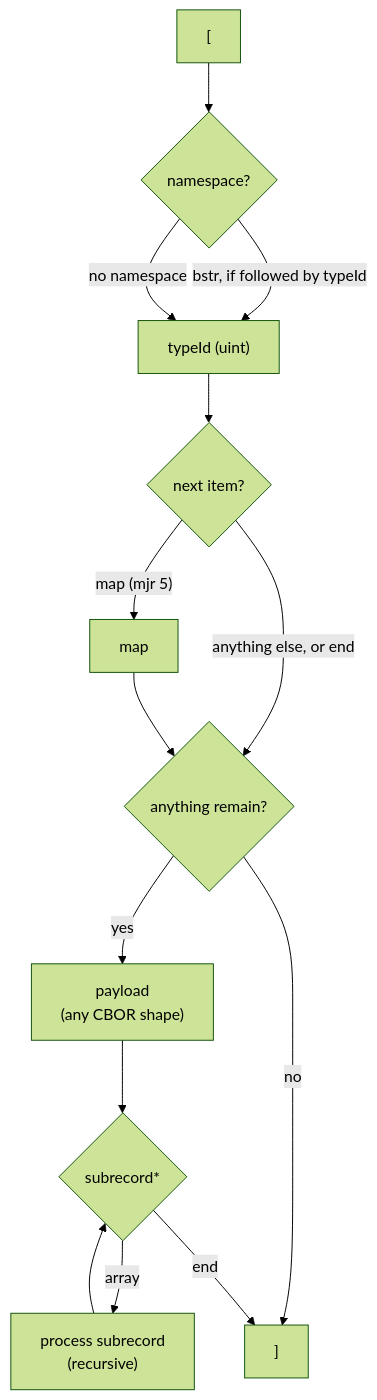
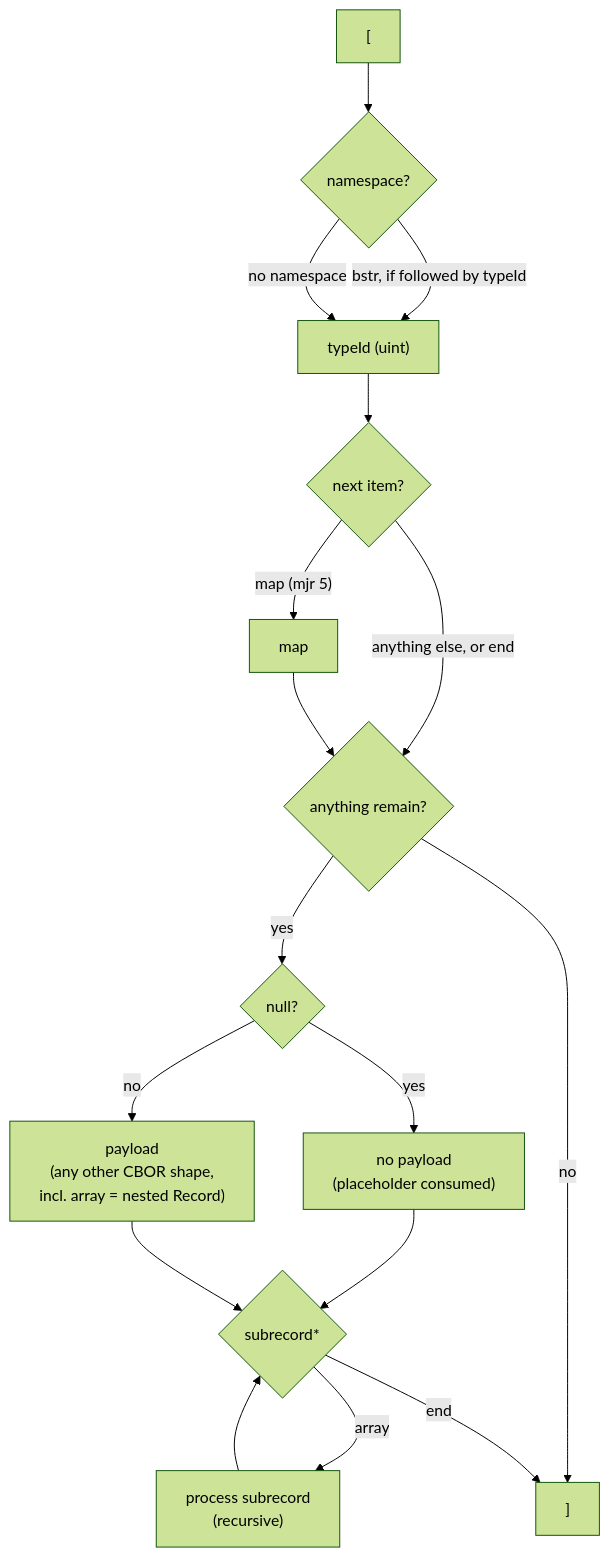
Before and after one commit to mofosyne/qdef: the diagram in docs/QDEF-SPEC.md, drawn with Mermaid (forest theme). The commit also changed other lines of this file and 7 other files, not shown here.

````diff
--- a/docs/QDEF-SPEC.md
+++ b/docs/QDEF-SPEC.md
@@ -198,19 +198,22 @@
 ```mermaid
 flowchart TD
     Start["["] --> ns{"namespace?"}
     ns -->|"bstr, if followed by typeId"| typeId["typeId (uint)"]
     ns -->|"no namespace"| typeId
 
     typeId --> checkMap{"next item?"}
     checkMap -->|"map (mjr 5)"| map["map"]
     checkMap -->|"anything else, or end"| afterMap
 
     map --> afterMap{"anything remain?"}
-    afterMap -->|"yes"| payload["payload<br/>(any CBOR shape)"]
+    afterMap -->|"yes"| checkNull{"null?"}
     afterMap -->|"no"| End["]"]
+    checkNull -->|"yes"| noPayload["no payload<br/>(placeholder consumed)"]
+    checkNull -->|"no"| payload["payload<br/>(any other CBOR shape,<br/>incl. array = nested Record)"]
+    noPayload --> subrecords
     payload --> subrecords
 
     subrecords{"subrecord*"} -->|"array"| process["process subrecord<br/>(recursive)"]
     process --> subrecords
     subrecords -->|"end"| End
 ```
````
